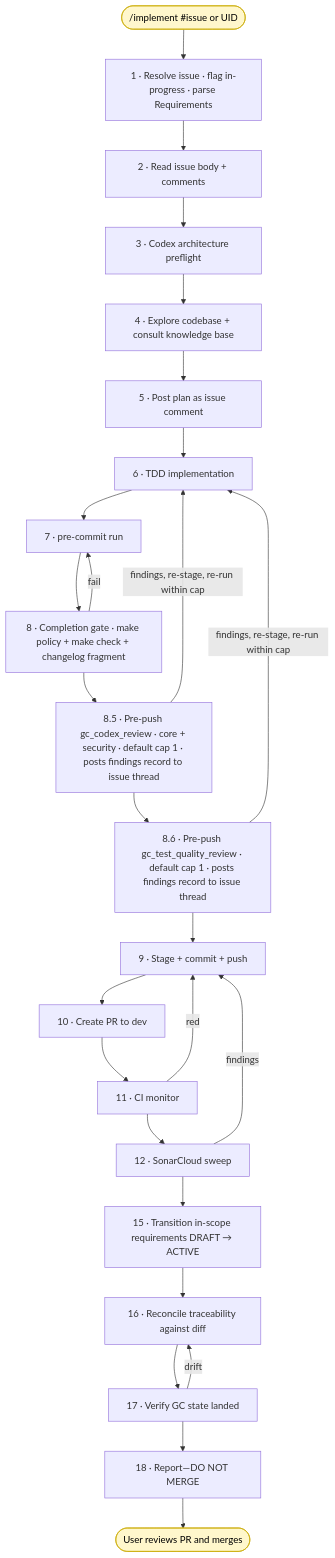
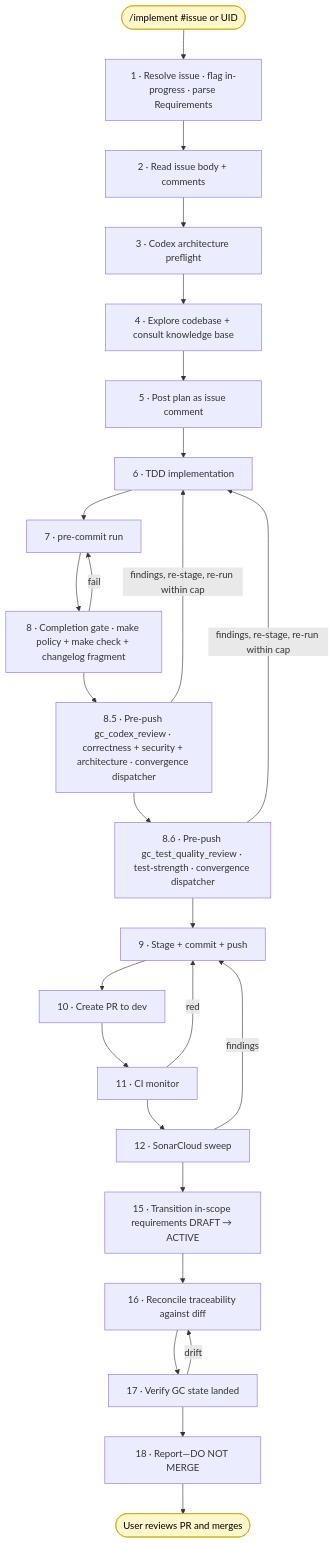
The diagram in docs/DEVELOPMENT_WORKFLOW.md (Brad-Edwards/Ground-Control), drawn with Mermaid before and after one commit. The commit also changed other lines of this file and 15 other files, not shown here.

First line of the commit message:
feat(mcp): phase 3 review convergence dispatcher

````diff
--- a/docs/DEVELOPMENT_WORKFLOW.md
+++ b/docs/DEVELOPMENT_WORKFLOW.md
@@ -356,53 +356,53 @@
 ```mermaid
 flowchart TB
   Start([/implement #issue or UID])
   S1[1 · Resolve issue · flag in-progress · parse Requirements]
   S2[2 · Read issue body + comments]
   S3[3 · Codex architecture preflight]
   S4[4 · Explore codebase + consult knowledge base]
   S5[5 · Post plan as issue comment]
   S6[6 · TDD implementation]
   S7[7 · pre-commit run]
   S8[8 · Completion gate · make policy + make check + changelog fragment]
-  S8b[8.5 · Pre-push gc_codex_review · core + security · default cap 1 · posts findings record to issue thread]
-  S8c[8.6 · Pre-push gc_test_quality_review · default cap 1 · posts findings record to issue thread]
+  S8b[8.5 · Pre-push gc_codex_review · correctness + security + architecture · convergence dispatcher]
+  S8c[8.6 · Pre-push gc_test_quality_review · test-strength · convergence dispatcher]
   S9[9 · Stage + commit + push]
   S10[10 · Create PR to dev]
   S11[11 · CI monitor]
   S12[12 · SonarCloud sweep]
   S15[15 · Transition in-scope requirements DRAFT → ACTIVE]
   S16[16 · Reconcile traceability against diff]
   S17[17 · Verify GC state landed]
   S18[18 · Report—DO NOT MERGE]
   End([User reviews PR and merges])
 
   Start --> S1
   S1 --> S2
   S2 --> S3
   S3 --> S4
   S4 --> S5
   S5 --> S6
   S6 --> S7
   S7 --> S8
   S8 --> S8b
   S8b --> S8c
   S8c --> S9
   S9 --> S10
   S10 --> S11
   S11 --> S12
   S12 --> S15
   S15 --> S16
   S16 --> S17
   S17 --> S18
   S18 --> End
 
   S8 -->|fail| S7
   S8b -->|findings, re-stage, re-run within cap| S6
   S8c -->|findings, re-stage, re-run within cap| S6
   S11 -->|red| S9
   S12 -->|findings| S9
   S17 -->|drift| S16
 
   classDef user fill:#fff7cc,stroke:#c9a900,color:#000
   class Start,End user
 ```
````
